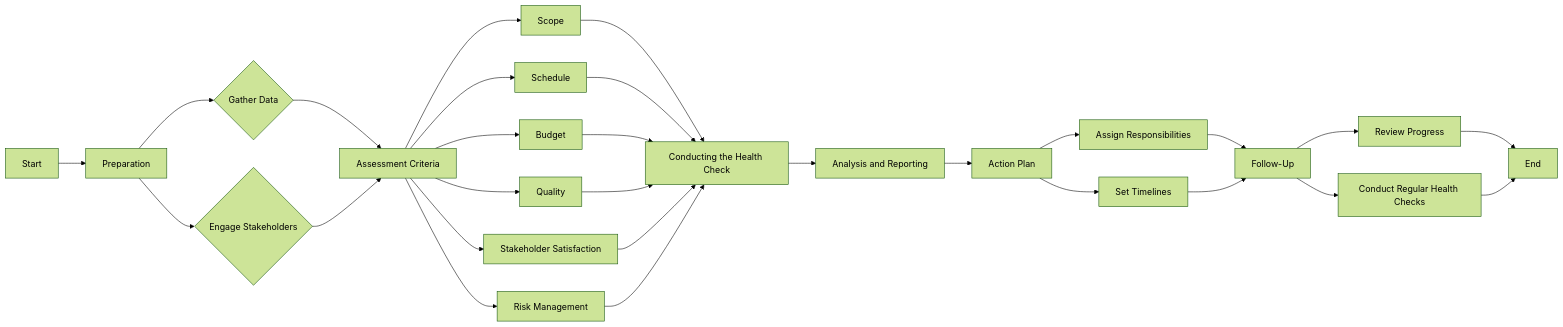
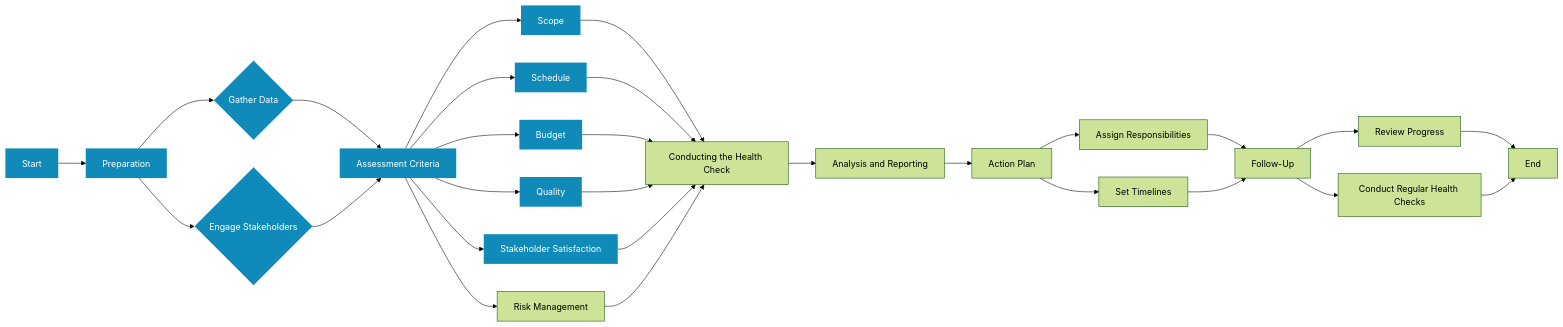
Before and after one commit to kevinmcaleer/kevstemplates.com: the diagram in _pages/projects/project_healthcheck.md, drawn with Mermaid (forest theme). The commit also changed 72 other files, not shown here.

````diff
--- a/_pages/projects/project_healthcheck.md
+++ b/_pages/projects/project_healthcheck.md
@@ -28,30 +28,33 @@
 ```mermaid
 flowchart LR
     A[Start] --> B[Preparation]
     B --> C{Gather Data}
     B --> D{Engage Stakeholders}
     C --> E[Assessment Criteria]
     D --> E
     E --> F[Scope]
     E --> G[Schedule]
     E --> H[Budget]
     E --> I[Quality]
     E --> J[Stakeholder Satisfaction]
+
+    classDef blue fill:#108BB9,stroke:none,color:#fff
+    class A,B,C,D,E,F,G,H,I,J blue
     E --> K[Risk Management]
     F --> L[Conducting the Health Check]
     G --> L
     H --> L
     I --> L
     J --> L
     K --> L
     L --> M[Analysis and Reporting]
     M --> N[Action Plan]
     N --> O[Assign Responsibilities]
     N --> P[Set Timelines]
     O --> Q[Follow-Up]
     P --> Q
     Q --> R[Review Progress]
     Q --> S[Conduct Regular Health Checks]
     R --> T[End]
     S --> T
 ```
````
